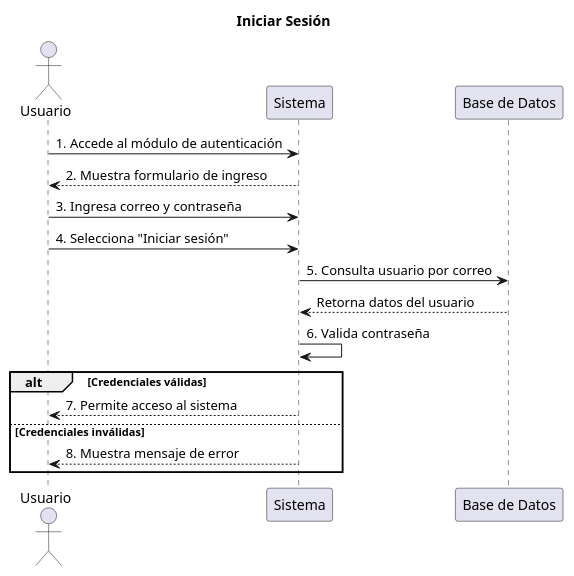
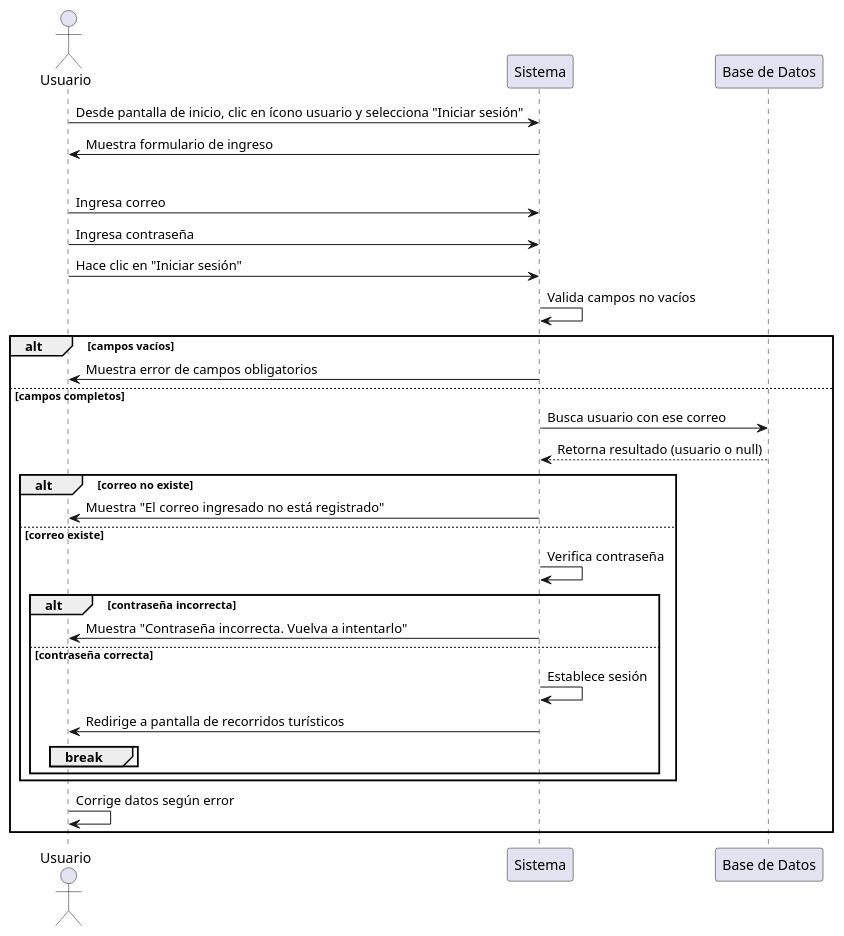
One commit to LauKnitIn/SISTEMA-GESTOR-DE-RECORRIDOS changed the diagram in diagramas_modulo_autenticacion/secuencia-modulo-autenticacion/Secuencia_Iniciar_sesion.puml. Above: the diagram before and after it, drawn with PlantUML. The commit also changed 11 other files, not shown here.

Commit message:
Se modificaron los diagramas de secuencia y actividades del módulo de autenticación

```diff
--- a/diagramas_modulo_autenticacion/secuencia-modulo-autenticacion/Secuencia_Iniciar_sesion.puml
+++ b/diagramas_modulo_autenticacion/secuencia-modulo-autenticacion/Secuencia_Iniciar_sesion.puml
@@ -1,21 +1,35 @@
 @startuml
-title Iniciar Sesión
-
 actor Usuario
-participant "Sistema" as Sistema
+participant "Sistema" as S
 participant "Base de Datos" as BD
 
-Usuario -> Sistema : 1. Accede al módulo de autenticación
-Sistema --> Usuario : 2. Muestra formulario de ingreso
-Usuario -> Sistema : 3. Ingresa correo y contraseña
-Usuario -> Sistema : 4. Selecciona "Iniciar sesión"
-Sistema -> BD : 5. Consulta usuario por correo
-BD --> Sistema : Retorna datos del usuario
-Sistema -> Sistema : 6. Valida contraseña
+Usuario -> S: Desde pantalla de inicio, clic en ícono usuario y selecciona "Iniciar sesión"
+S -> Usuario: Muestra formulario de ingreso
 
-alt Credenciales válidas
-    Sistema --> Usuario : 7. Permite acceso al sistema
-else Credenciales inválidas
-    Sistema --> Usuario : 8. Muestra mensaje de error
+loop while no autenticado
+  Usuario -> S: Ingresa correo
+  Usuario -> S: Ingresa contraseña
+  Usuario -> S: Hace clic en "Iniciar sesión"
+  
+  S -> S: Valida campos no vacíos
+  alt campos vacíos
+    S -> Usuario: Muestra error de campos obligatorios
+  else campos completos
+    S -> BD: Busca usuario con ese correo
+    BD --> S: Retorna resultado (usuario o null)
+    alt correo no existe
+      S -> Usuario: Muestra "El correo ingresado no está registrado"
+    else correo existe
+      S -> S: Verifica contraseña
+      alt contraseña incorrecta
+        S -> Usuario: Muestra "Contraseña incorrecta. Vuelva a intentarlo"
+      else contraseña correcta
+        S -> S: Establece sesión
+        S -> Usuario: Redirige a pantalla de recorridos turísticos
+        break
+      end
+    end
+  end
+  Usuario -> Usuario: Corrige datos según error
 end
 @enduml
```
